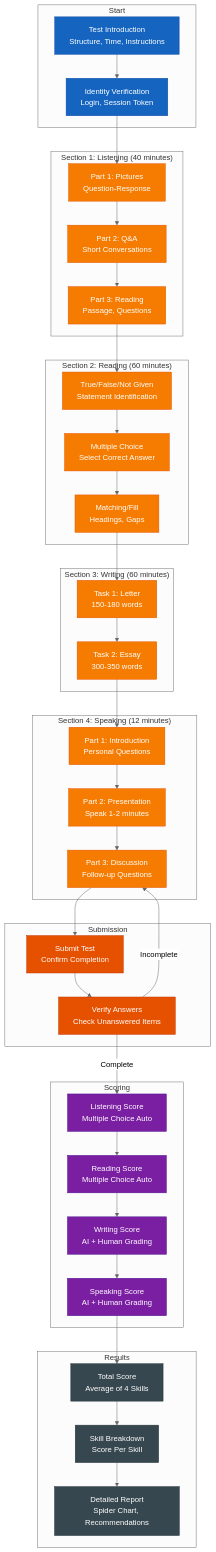
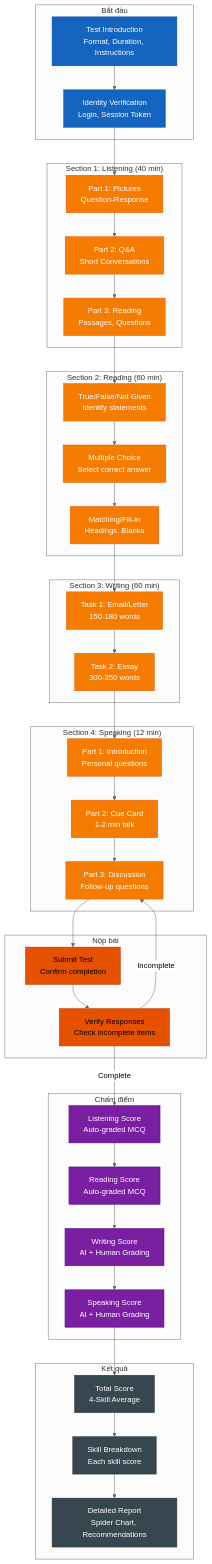
The fifth of 8 diagrams in docs/capstone/diagrams/flow-diagrams.vi.md (nghyane/VSTEP), drawn with Mermaid (neutral theme) before and after one commit. The commit also changed other lines of this file, not shown here.

First line of the commit message:
docs: fix Vietnamese flow diagrams to proper Vietnamese language

````diff
--- a/docs/capstone/diagrams/flow-diagrams.vi.md
+++ b/docs/capstone/diagrams/flow-diagrams.vi.md
@@ -252,48 +252,48 @@
 ```mermaid
 flowchart TB
-    subgraph Start ["Start"]
-        Intro["Test Introduction<br/>Structure, Time, Instructions"]
+    subgraph Start ["Bắt đầu"]
+        Intro["Test Introduction<br/>Format, Duration, Instructions"]
         Auth["Identity Verification<br/>Login, Session Token"]
     end
 
-    subgraph Section1 ["Section 1: Listening (40 minutes)"]
+    subgraph Section1 ["Section 1: Listening (40 min)"]
         L1["Part 1: Pictures<br/>Question-Response"]
         L2["Part 2: Q&A<br/>Short Conversations"]
-        L3["Part 3: Reading<br/>Passage, Questions"]
+        L3["Part 3: Reading<br/>Passages, Questions"]
     end
 
-    subgraph Section2 ["Section 2: Reading (60 minutes)"]
-        R1["True/False/Not Given<br/>Statement Identification"]
-        R2["Multiple Choice<br/>Select Correct Answer"]
-        R3["Matching/Fill<br/>Headings, Gaps"]
+    subgraph Section2 ["Section 2: Reading (60 min)"]
+        R1["True/False/Not Given<br/>Identify statements"]
+        R2["Multiple Choice<br/>Select correct answer"]
+        R3["Matching/Fill-in<br/>Headings, Blanks"]
     end
 
-    subgraph Section3 ["Section 3: Writing (60 minutes)"]
-        W1["Task 1: Letter<br/>150-180 words"]
+    subgraph Section3 ["Section 3: Writing (60 min)"]
+        W1["Task 1: Email/Letter<br/>150-180 words"]
         W2["Task 2: Essay<br/>300-350 words"]
     end
 
-    subgraph Section4 ["Section 4: Speaking (12 minutes)"]
-        S1["Part 1: Introduction<br/>Personal Questions"]
-        S2["Part 2: Presentation<br/>Speak 1-2 minutes"]
-        S3["Part 3: Discussion<br/>Follow-up Questions"]
+    subgraph Section4 ["Section 4: Speaking (12 min)"]
+        S1["Part 1: Introduction<br/>Personal questions"]
+        S2["Part 2: Cue Card<br/>1-2 min talk"]
+        S3["Part 3: Discussion<br/>Follow-up questions"]
     end
 
-    subgraph Submission ["Submission"]
-        Submit["Submit Test<br/>Confirm Completion"]
-        Verify["Verify Answers<br/>Check Unanswered Items"]
+    subgraph Submission ["Nộp bài"]
+        Submit["Submit Test<br/>Confirm completion"]
+        Verify["Verify Responses<br/>Check incomplete items"]
     end
 
-    subgraph Scoring ["Scoring"]
-        ListeningScore["Listening Score<br/>Multiple Choice Auto"]
-        ReadingScore["Reading Score<br/>Multiple Choice Auto"]
+    subgraph Scoring ["Chấm điểm"]
+        ListeningScore["Listening Score<br/>Auto-graded MCQ"]
+        ReadingScore["Reading Score<br/>Auto-graded MCQ"]
         WritingScore["Writing Score<br/>AI + Human Grading"]
         SpeakingScore["Speaking Score<br/>AI + Human Grading"]
     end
 
-    subgraph Results ["Results"]
-        Total["Total Score<br/>Average of 4 Skills"]
-        Breakdown["Skill Breakdown<br/>Score Per Skill"]
+    subgraph Results ["Kết quả"]
+        Total["Total Score<br/>4-Skill Average"]
+        Breakdown["Skill Breakdown<br/>Each skill score"]
         Report["Detailed Report<br/>Spider Chart, Recommendations"]
     end
 
@@ -322,7 +322,7 @@
 
     classDef start fill:#1565c0,stroke:#0d47a1,color:#fff
     classDef section fill:#f57c00,stroke:#e65100,color:#fff
-    classDef submission fill:#e65100,stroke:#bf360c,color:#fff
+    classDef submission fill:#e65100,stroke:#bf360c,content:#fff
     classDef scoring fill:#7b1fa2,stroke:#4a148c,color:#fff
     classDef results fill:#37474f,stroke:#263238,color:#fff
 
````
